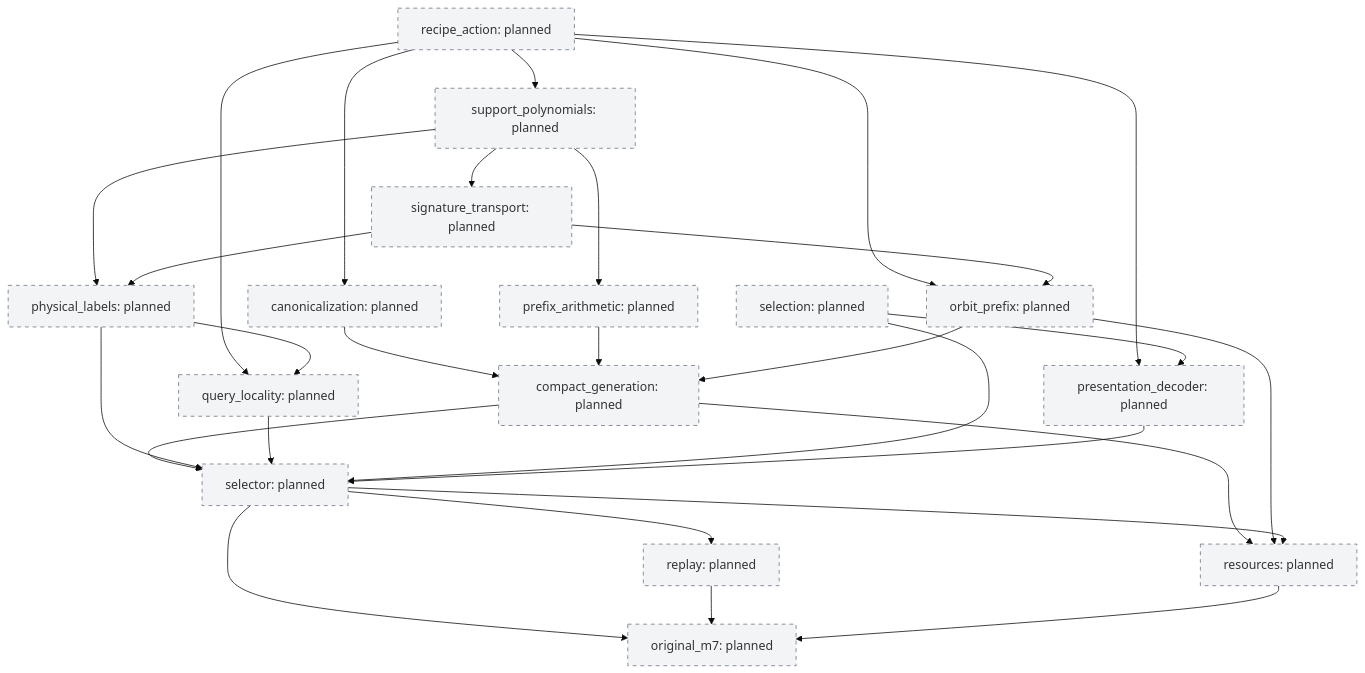
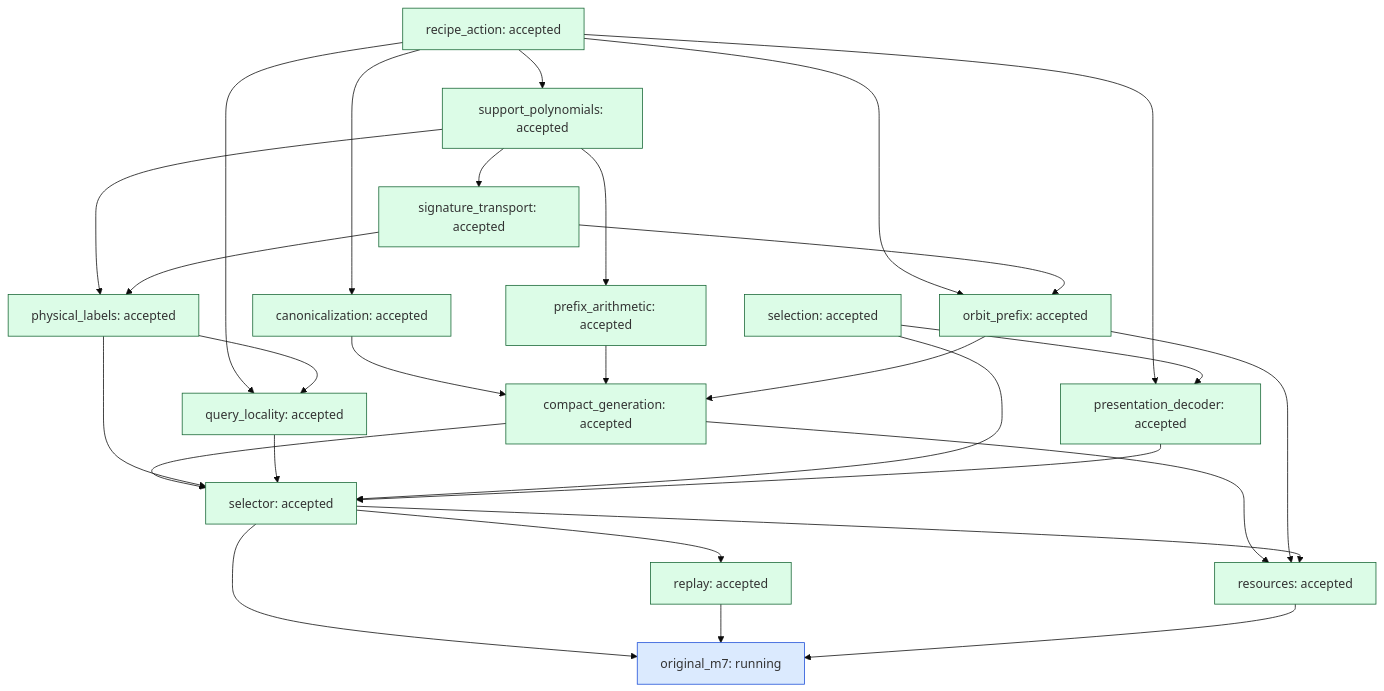
Before and after one commit to humanfia/science-mango: the diagram in pipelines/quantum_formalize/examples/m7/GRAPH.md, drawn with Mermaid (base theme). The commit also changed other lines of this file and 568 other files, not shown here.

````diff
--- a/pipelines/quantum_formalize/examples/m7/GRAPH.md
+++ b/pipelines/quantum_formalize/examples/m7/GRAPH.md
@@ -5,50 +5,50 @@
 ```mermaid
 flowchart TD
-    selection["selection: planned"]:::planned
-    recipe_action["recipe_action: planned"]:::planned
-    support_polynomials["support_polynomials: planned"]:::planned
+    selection["selection: accepted"]:::accepted
+    recipe_action["recipe_action: accepted"]:::accepted
+    support_polynomials["support_polynomials: accepted"]:::accepted
     recipe_action --> support_polynomials
-    signature_transport["signature_transport: planned"]:::planned
+    signature_transport["signature_transport: accepted"]:::accepted
     support_polynomials --> signature_transport
-    canonicalization["canonicalization: planned"]:::planned
+    canonicalization["canonicalization: accepted"]:::accepted
     recipe_action --> canonicalization
-    prefix_arithmetic["prefix_arithmetic: planned"]:::planned
+    prefix_arithmetic["prefix_arithmetic: accepted"]:::accepted
     support_polynomials --> prefix_arithmetic
-    orbit_prefix["orbit_prefix: planned"]:::planned
+    orbit_prefix["orbit_prefix: accepted"]:::accepted
     recipe_action --> orbit_prefix
     signature_transport --> orbit_prefix
-    compact_generation["compact_generation: planned"]:::planned
+    compact_generation["compact_generation: accepted"]:::accepted
     canonicalization --> compact_generation
     prefix_arithmetic --> compact_generation
     orbit_prefix --> compact_generation
-    physical_labels["physical_labels: planned"]:::planned
+    physical_labels["physical_labels: accepted"]:::accepted
     support_polynomials --> physical_labels
     signature_transport --> physical_labels
-    query_locality["query_locality: planned"]:::planned
+    query_locality["query_locality: accepted"]:::accepted
     recipe_action --> query_locality
     physical_labels --> query_locality
-    presentation_decoder["presentation_decoder: planned"]:::planned
+    presentation_decoder["presentation_decoder: accepted"]:::accepted
     recipe_action --> presentation_decoder
     selection --> presentation_decoder
-    selector["selector: planned"]:::planned
+    selector["selector: accepted"]:::accepted
     compact_generation --> selector
     physical_labels --> selector
     query_locality --> selector
     selection --> selector
     presentation_decoder --> selector
-    replay["replay: planned"]:::planned
+    replay["replay: accepted"]:::accepted
     selector --> replay
-    resources["resources: planned"]:::planned
+    resources["resources: accepted"]:::accepted
     compact_generation --> resources
     orbit_prefix --> resources
     selector --> resources
-    original_m7["original_m7: planned"]:::planned
+    original_m7["original_m7: running"]:::running
     selector --> original_m7
     replay --> original_m7
     resources --> original_m7
     classDef accepted fill:#dcfce7,stroke:#166534
     classDef running fill:#dbeafe,stroke:#1d4ed8
     classDef planned fill:#f3f4f6,stroke:#6b7280,stroke-dasharray:5 5
     classDef failed fill:#fee2e2,stroke:#991b1b
     classDef blocked fill:#ffedd5,stroke:#9a3412
 ```
````
